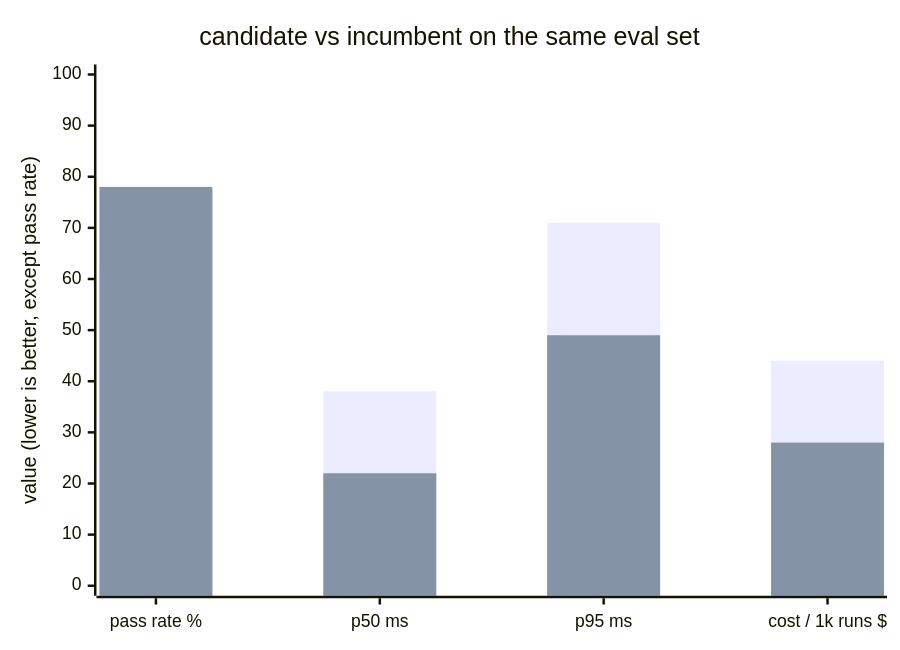
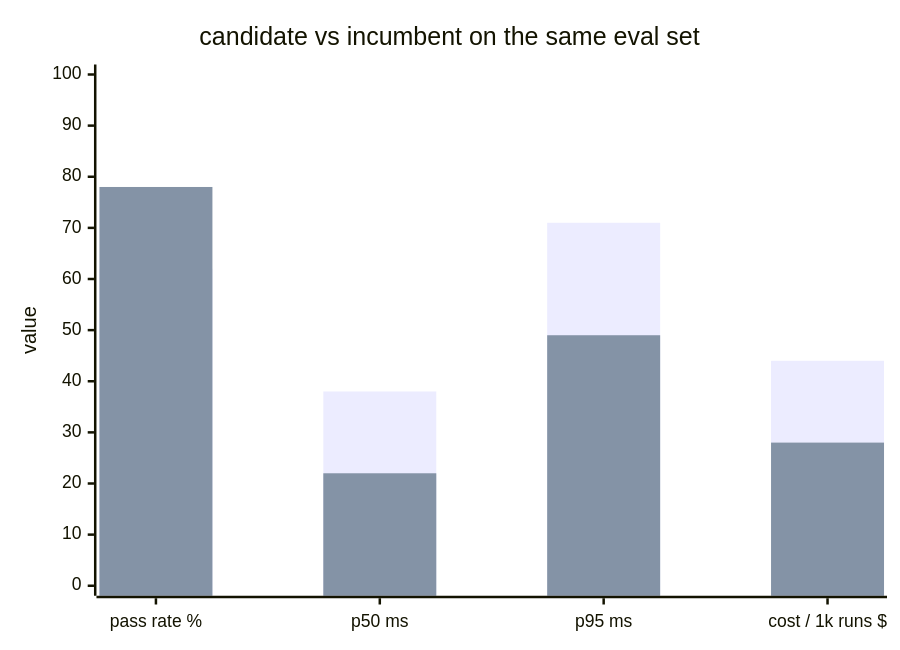
Before and after one commit to AbhiiGatty/AbhiiGatty: the third of 3 diagrams in README.md, drawn with Mermaid. The commit also changed other lines of this file, not shown here.

````diff
--- a/README.md
+++ b/README.md
@@ -154,8 +210,8 @@
 ```mermaid
 xychart-beta
     title "candidate vs incumbent on the same eval set"
     x-axis ["pass rate %", "p50 ms", "p95 ms", "cost / 1k runs $"]
-    y-axis "value (lower is better, except pass rate)" 0 --> 100
+    y-axis "value" 0 --> 100
     bar [62, 38, 71, 44]
     bar [78, 22, 49, 28]
 ```
````
